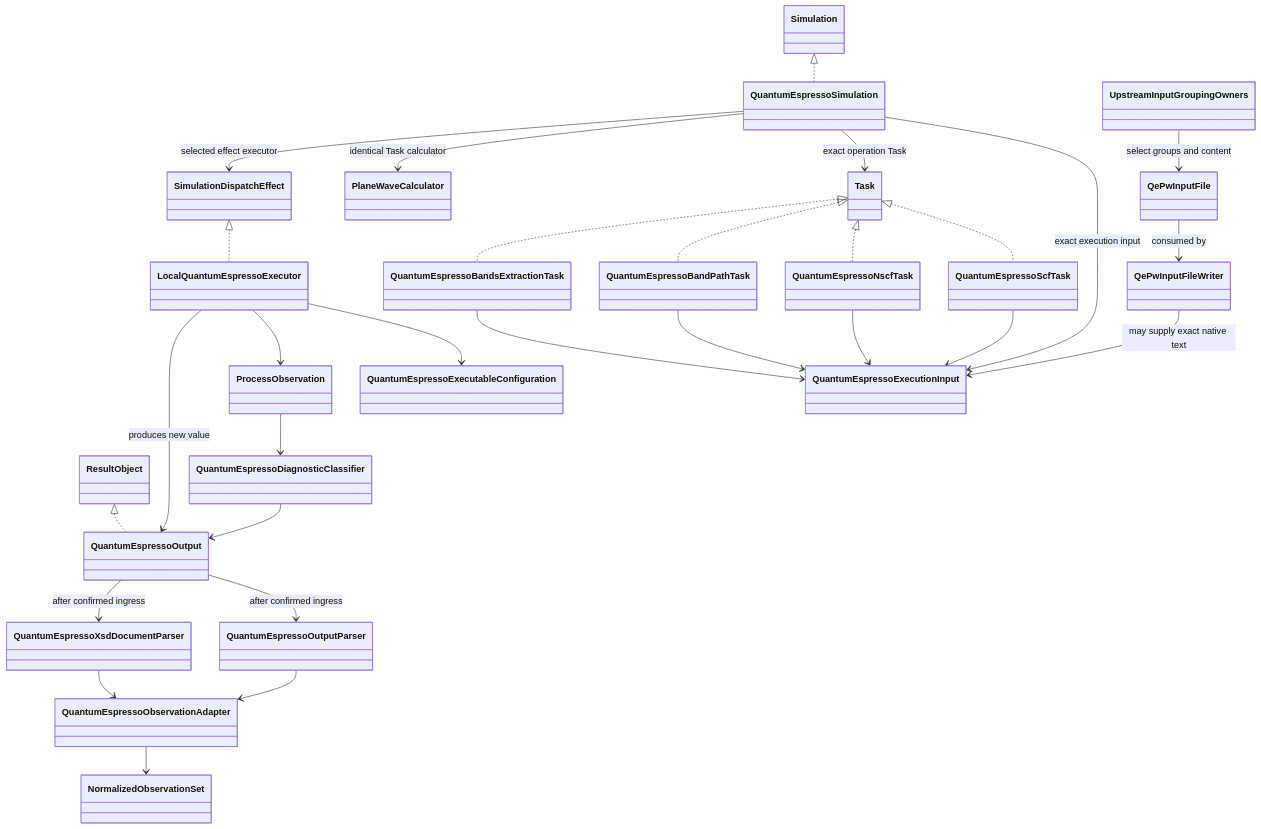
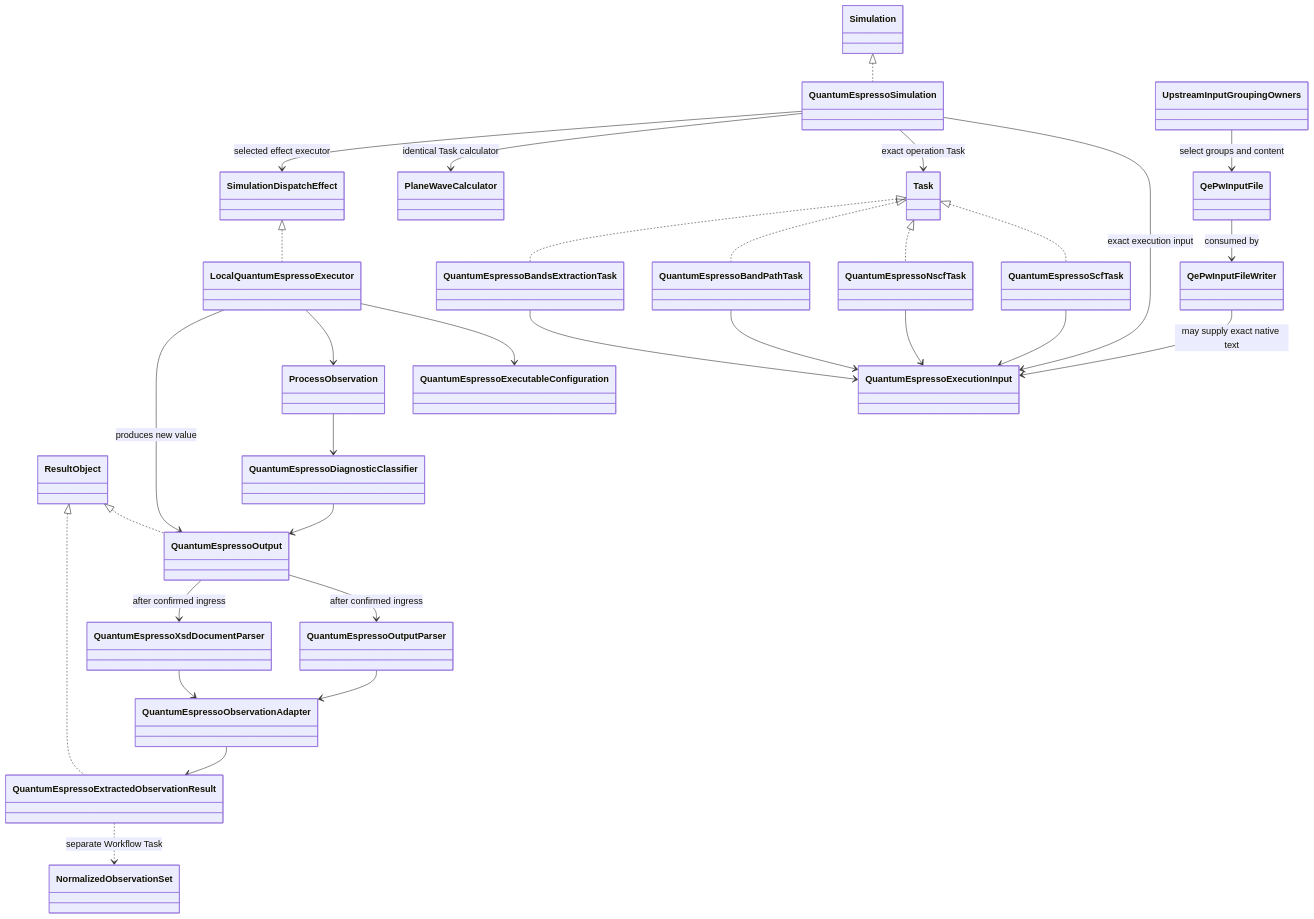
Before and after one commit to eragasa/ksdft2effmass: the first of 2 diagrams in docs/architecture/v2/ksdft2effmass/calculators/quantum-espresso.md, drawn with Mermaid. The commit also changed other lines of this file and 19 other files, not shown here.

````diff
--- a/docs/architecture/v2/ksdft2effmass/calculators/quantum-espresso.md
+++ b/docs/architecture/v2/ksdft2effmass/calculators/quantum-espresso.md
@@ -20,55 +20,58 @@
 ```mermaid
 classDiagram
     class Task
     class Simulation
     class ResultObject
     class QuantumEspressoScfTask
     class QuantumEspressoNscfTask
     class QuantumEspressoBandPathTask
     class QuantumEspressoBandsExtractionTask
     class QuantumEspressoSimulation
     class UpstreamInputGroupingOwners
     class QePwInputFile
     class QePwInputFileWriter
     class QuantumEspressoExecutionInput
     class PlaneWaveCalculator
     class SimulationDispatchEffect
     class LocalQuantumEspressoExecutor
     class QuantumEspressoOutput
     class QuantumEspressoExecutableConfiguration
     class ProcessObservation
     class QuantumEspressoDiagnosticClassifier
     class QuantumEspressoOutputParser
     class QuantumEspressoXsdDocumentParser
     class QuantumEspressoObservationAdapter
+    class QuantumEspressoExtractedObservationResult
     class NormalizedObservationSet
 
     Task <|.. QuantumEspressoScfTask
     Task <|.. QuantumEspressoNscfTask
     Task <|.. QuantumEspressoBandPathTask
     Task <|.. QuantumEspressoBandsExtractionTask
     Simulation <|.. QuantumEspressoSimulation
     QuantumEspressoScfTask --> QuantumEspressoExecutionInput
     QuantumEspressoNscfTask --> QuantumEspressoExecutionInput
     QuantumEspressoBandPathTask --> QuantumEspressoExecutionInput
     QuantumEspressoBandsExtractionTask --> QuantumEspressoExecutionInput
     UpstreamInputGroupingOwners --> QePwInputFile : select groups and content
     QePwInputFile --> QePwInputFileWriter : consumed by
     QePwInputFileWriter --> QuantumEspressoExecutionInput : may supply exact native text
     QuantumEspressoSimulation --> QuantumEspressoExecutionInput : exact execution input
     QuantumEspressoSimulation --> Task : exact operation Task
     QuantumEspressoSimulation --> PlaneWaveCalculator : identical Task calculator
     QuantumEspressoSimulation --> SimulationDispatchEffect : selected effect executor
     SimulationDispatchEffect <|.. LocalQuantumEspressoExecutor
     LocalQuantumEspressoExecutor --> QuantumEspressoExecutableConfiguration
     LocalQuantumEspressoExecutor --> ProcessObservation
     ProcessObservation --> QuantumEspressoDiagnosticClassifier
     QuantumEspressoDiagnosticClassifier --> QuantumEspressoOutput
     LocalQuantumEspressoExecutor --> QuantumEspressoOutput : produces new value
     ResultObject <|.. QuantumEspressoOutput
     QuantumEspressoOutput --> QuantumEspressoOutputParser : after confirmed ingress
     QuantumEspressoOutput --> QuantumEspressoXsdDocumentParser : after confirmed ingress
     QuantumEspressoOutputParser --> QuantumEspressoObservationAdapter
     QuantumEspressoXsdDocumentParser --> QuantumEspressoObservationAdapter
-    QuantumEspressoObservationAdapter --> NormalizedObservationSet
+    QuantumEspressoObservationAdapter --> QuantumEspressoExtractedObservationResult
+    ResultObject <|.. QuantumEspressoExtractedObservationResult
+    QuantumEspressoExtractedObservationResult ..> NormalizedObservationSet : separate Workflow Task
 ```
````
